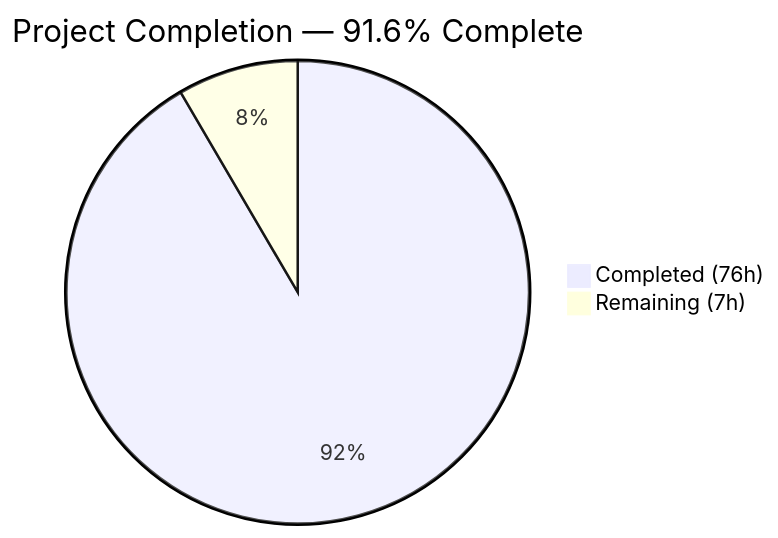
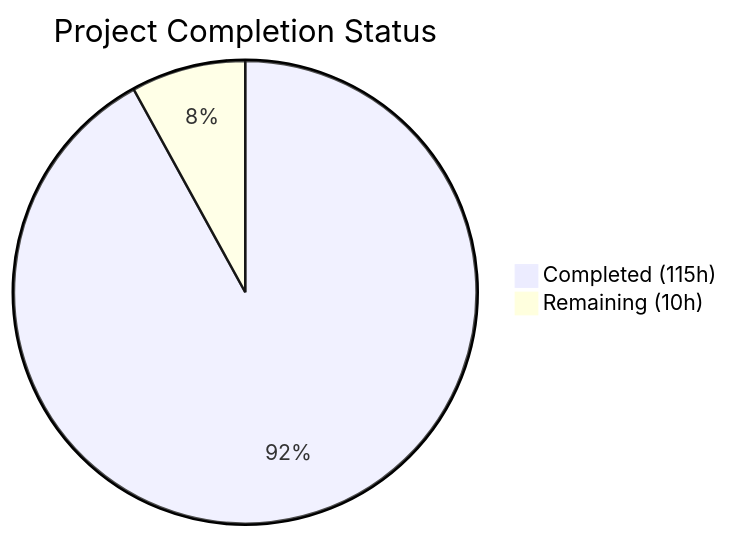
Before and after one commit to blitzy-public-samples/blitzy-spark: the first of 4 diagrams in blitzy/documentation/Project Guide.md, drawn with Mermaid. The commit also changed other lines of this file, not shown here.

Commit message:
Adding Blitzy Project Guide: Project Status and Human Tasks Remaining

````diff
--- a/blitzy/documentation/Project Guide.md
+++ b/blitzy/documentation/Project Guide.md
@@ -13,5 +13,5 @@
 ```mermaid
-pie title Project Completion — 91.6% Complete
-    "Completed (76h)" : 76
-    "Remaining (7h)" : 7
+pie title Project Completion Status
+    "Completed (115h)" : 115
+    "Remaining (10h)" : 10
 ```
````
